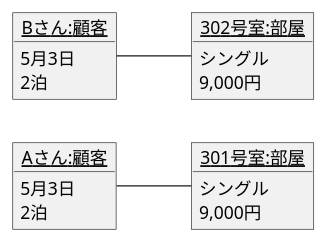
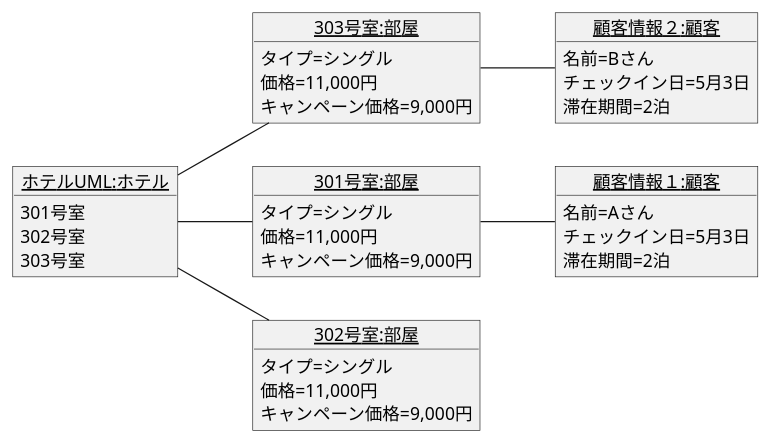
Before and after one commit to omorirenka/uml-introduction: the diagram in 演習3-5_OBJ_ホテル宿泊予約.pu, drawn with PlantUML.

Commit message:
演習3-5修正

```diff
--- a/演習3-5_OBJ_ホテル宿泊予約.pu
+++ b/演習3-5_OBJ_ホテル宿泊予約.pu
@@ -1,21 +1,38 @@
 @startuml
 left to right direction
-object "<u>Aさん:顧客</u>" as A{
-5月3日
-2泊
+object "<u>顧客情報１:顧客</u>" as A{
+名前=Aさん
+チェックイン日=5月3日
+滞在期間=2泊
 }
-object "<u>Bさん:顧客</u>" as B{
-5月3日
-2泊
+object "<u>顧客情報２:顧客</u>" as B{
+名前=Bさん
+チェックイン日=5月3日
+滞在期間=2泊
 }
 object "<u>301号室:部屋</u>" as r1{
-シングル
-9,000円
+タイプ=シングル
+価格=11,000円
+キャンペーン価格=9,000円
 }
 object "<u>302号室:部屋</u>" as r2{
-シングル
-9,000円
+タイプ=シングル
+価格=11,000円
+キャンペーン価格=9,000円
 }
-A -- r1
-B -- r2
+object "<u>303号室:部屋</u>" as r3{
+タイプ=シングル
+価格=11,000円
+キャンペーン価格=9,000円
+}
+object "<u>ホテルUML:ホテル</u>" as h{
+301号室
+302号室
+303号室
+}
+A -up- r1
+B -up- r3
+h -- r1
+h -- r2
+h -- r3
 @enduml
```
